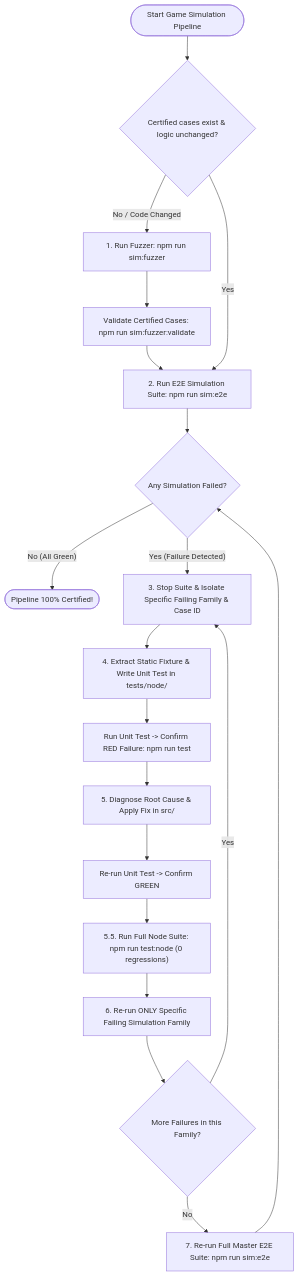
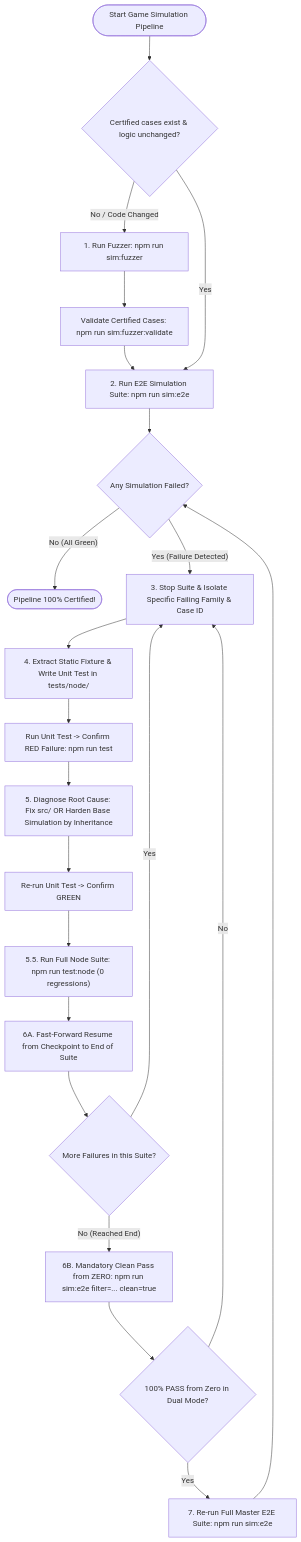
Before and after one commit to Darkham77/PokeBorrador: the diagram in .agents/skills/game-simulation/SKILL.md, drawn with Mermaid. The commit also changed other lines of this file and 651 other files, not shown here.

First line of the commit message:
feat(simulation): certify dual engine e2e suite and optimize test stack

````diff
--- a/.agents/skills/game-simulation/SKILL.md
+++ b/.agents/skills/game-simulation/SKILL.md
@@ -212,21 +334,24 @@
 ```mermaid
 flowchart TD
     Start(["Start Game Simulation Pipeline"]) --> FuzzerCheck{"Certified cases exist & logic unchanged?"}
     FuzzerCheck -- "No / Code Changed" --> RunFuzzer["1. Run Fuzzer: npm run sim:fuzzer"]
     RunFuzzer --> ValidateFuzzer["Validate Certified Cases: npm run sim:fuzzer:validate"]
     ValidateFuzzer --> RunE2E["2. Run E2E Simulation Suite: npm run sim:e2e"]
     FuzzerCheck -- "Yes" --> RunE2E
     RunE2E --> E2ECheck{"Any Simulation Failed?"}
     E2ECheck -- "No (All Green)" --> Done(["Pipeline 100% Certified!"])
     E2ECheck -- "Yes (Failure Detected)" --> IsolateCase["3. Stop Suite & Isolate Specific Failing Family & Case ID"]
     IsolateCase --> ExtractFixture["4. Extract Static Fixture & Write Unit Test in tests/node/"]
     ExtractFixture --> RunRED["Run Unit Test -> Confirm RED Failure: npm run test"]
-    RunRED --> FixCode["5. Diagnose Root Cause & Apply Fix in src/"]
+    RunRED --> FixCode["5. Diagnose Root Cause: Fix src/ OR Harden Base Simulation by Inheritance"]
     FixCode --> RunGREEN["Re-run Unit Test -> Confirm GREEN"]
     RunGREEN --> RunNodeRegression["5.5. Run Full Node Suite: npm run test:node (0 regressions)"]
-    RunNodeRegression --> ReRunSpecific["6. Re-run ONLY Specific Failing Simulation Family"]
-    ReRunSpecific --> FamilyCheck{"More Failures in this Family?"}
+    RunNodeRegression --> ReRunResume["6A. Fast-Forward Resume from Checkpoint to End of Suite"]
+    ReRunResume --> FamilyCheck{"More Failures in this Suite?"}
     FamilyCheck -- "Yes" --> IsolateCase
-    FamilyCheck -- "No" --> RunMasterE2E["7. Re-run Full Master E2E Suite: npm run sim:e2e"]
+    FamilyCheck -- "No (Reached End)" --> CleanSuitePass["6B. Mandatory Clean Pass from ZERO: npm run sim:e2e filter=... clean=true"]
+    CleanSuitePass --> CleanPassCheck{"100% PASS from Zero in Dual Mode?"}
+    CleanPassCheck -- "No" --> IsolateCase
+    CleanPassCheck -- "Yes" --> RunMasterE2E["7. Re-run Full Master E2E Suite: npm run sim:e2e"]
     RunMasterE2E --> E2ECheck
 ```
````
